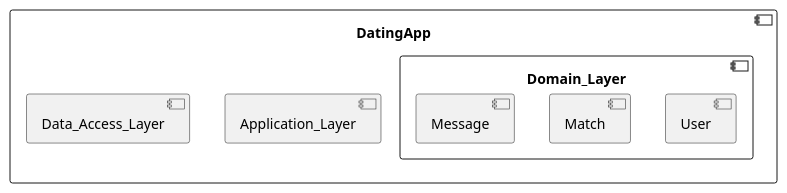
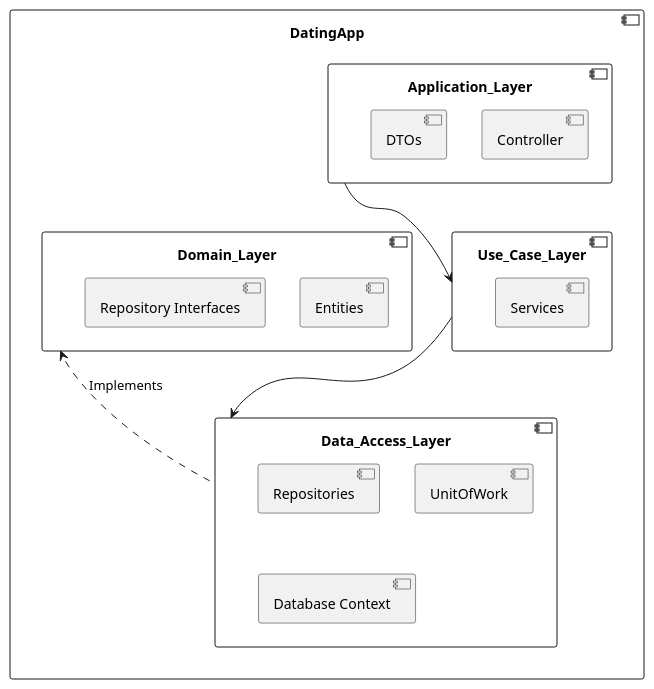
One commit to tammysensitive2312/Tinder-Dating-App-_IT4409 changed the first of 4 diagrams in docs/Dating_App_Package_diagram.puml. Above: the diagram before and after it, drawn with PlantUML. The commit also changed other lines of this file and 7 other files, not shown here.

Commit message:
add docs architecture design

```diff
--- a/docs/Dating_App_Package_diagram.puml
+++ b/docs/Dating_App_Package_diagram.puml
@@ -1,17 +1,27 @@
-@startuml
+@startuml overview architecture
 component DatingApp {
     component Application_Layer {
+        [Controller]
+        [DTOs]
     }
+
+    component Use_Case_Layer {
+        [Services]
+    }
+
     component Data_Access_Layer {
+        [Repositories]
+        [UnitOfWork]
+        [Database Context]
     }
+
     component Domain_Layer {
-        component User {
-        }
-        component Match {
-        }
-        component Message {
-        }
+        [Entities]
+        [Repository Interfaces]
     }
+
+    Application_Layer --> Use_Case_Layer
+    Use_Case_Layer --> Data_Access_Layer
+    Domain_Layer <.. Data_Access_Layer : Implements
 }
-
 @enduml
```
